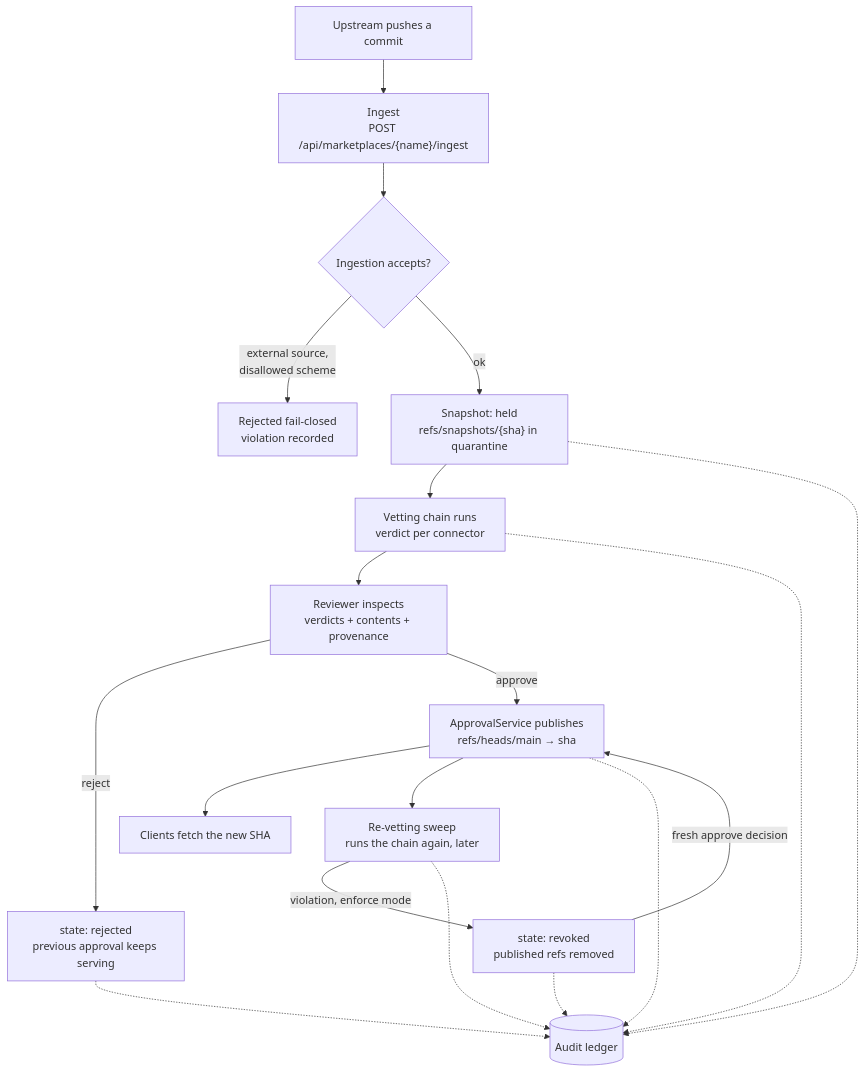
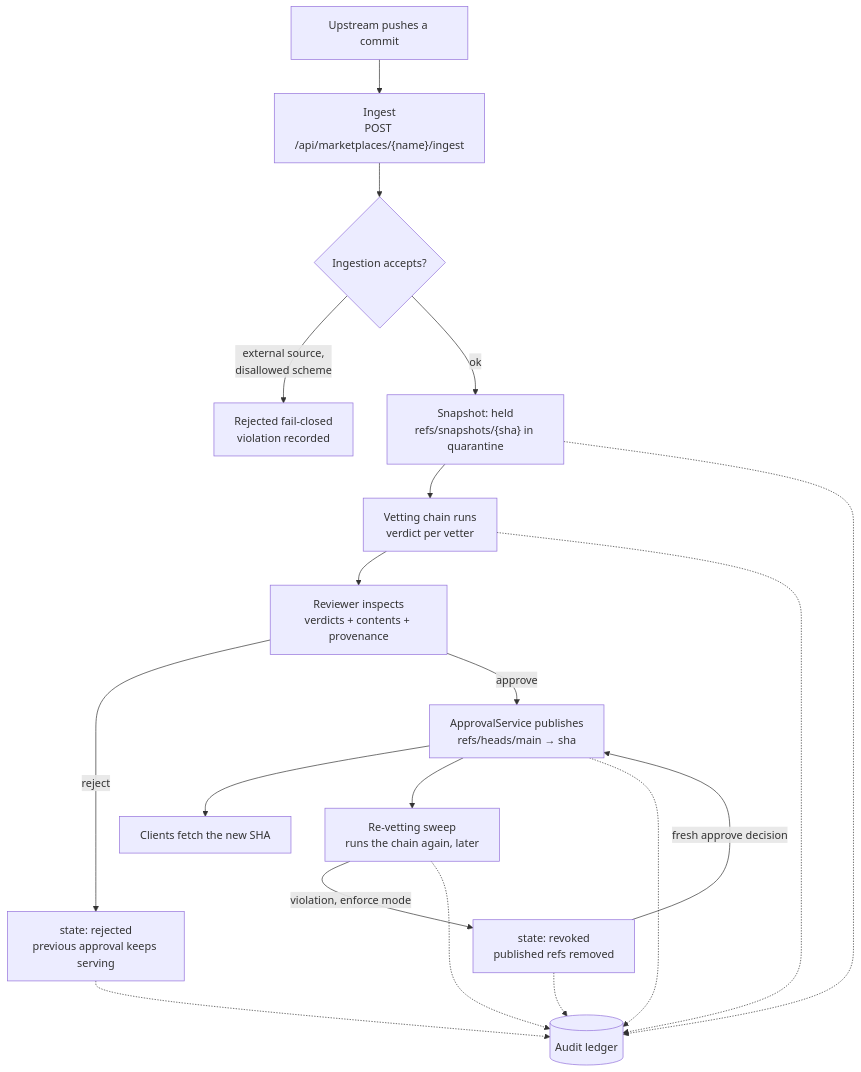
One commit to skillsgateway/skillsgateway changed the diagram in docs/diagrams/lifecycle.mmd. Above: the diagram before and after it, drawn with Mermaid. The commit also changed 125 other files, not shown here.

First line of the commit message:
refactor(vetting)!: the chain element is a vetter; connector means the external transport (#385)

```diff
--- a/docs/diagrams/lifecycle.mmd
+++ b/docs/diagrams/lifecycle.mmd
@@ -1,19 +1,19 @@
 flowchart TD
     A["Upstream pushes a commit"] --> B["Ingest<br/>POST /api/marketplaces/{name}/ingest"]
     B --> C{"Ingestion accepts?"}
     C -->|"external source,<br/>disallowed scheme"| D["Rejected fail-closed<br/>violation recorded"]
     C -->|ok| E["Snapshot: held<br/>refs/snapshots/{sha} in quarantine"]
-    E --> V["Vetting chain runs<br/>verdict per connector"]
+    E --> V["Vetting chain runs<br/>verdict per vetter"]
     V --> F["Reviewer inspects<br/>verdicts + contents + provenance"]
     F -->|reject| G["state: rejected<br/>previous approval keeps serving"]
     F -->|approve| H["ApprovalService publishes<br/>refs/heads/main → sha"]
     H --> I["Clients fetch the new SHA"]
     H --> R["Re-vetting sweep<br/>runs the chain again, later"]
     R -->|"violation, enforce mode"| X["state: revoked<br/>published refs removed"]
     X -->|"fresh approve decision"| H
     R -.-> L
     X -.-> L
     V -.-> L[("Audit ledger")]
     E -.-> L
     G -.-> L
     H -.-> L
```
